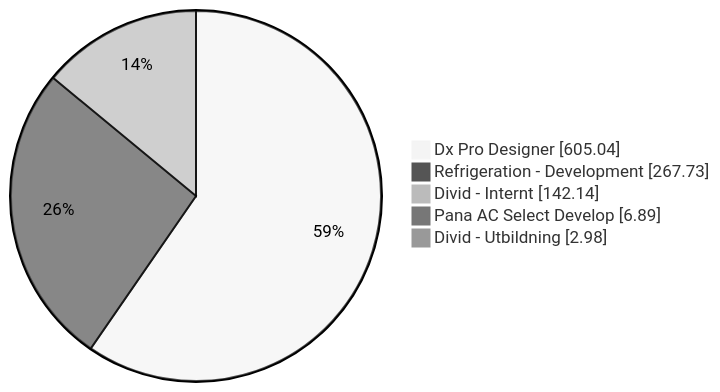
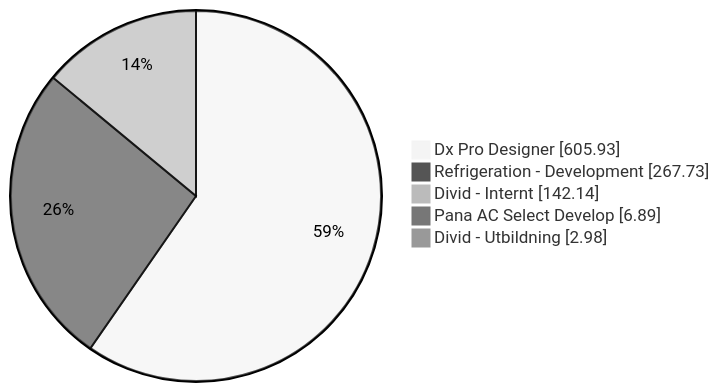
The first of 5 diagrams in README.org (albinforsberg-netizen/timeclock), drawn with Mermaid (neutral theme) before and after one commit. The commit also changed other lines of this file, not shown here.

```diff
--- a/README.org
+++ b/README.org
@@ -34,8 +34,8 @@
 #+begin_src mermaid
 pie showData
-    "Dx Pro Designer" : 605.04
+    "Dx Pro Designer" : 605.93
     "Refrigeration - Development" : 267.73
     "Divid - Internt" : 142.14
     "Pana AC Select Develop" : 6.89
     "Divid - Utbildning" : 2.98
 #+end_src
```
